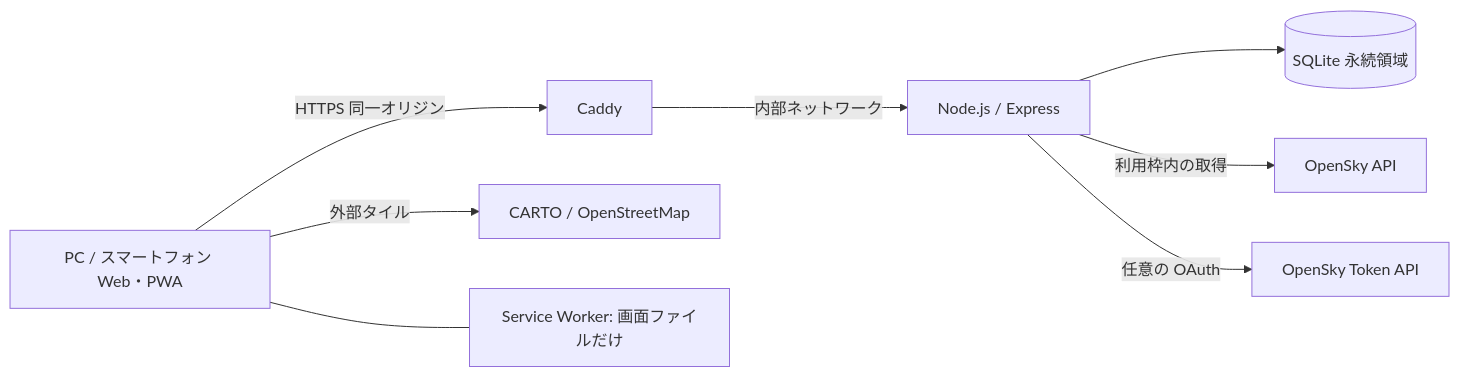
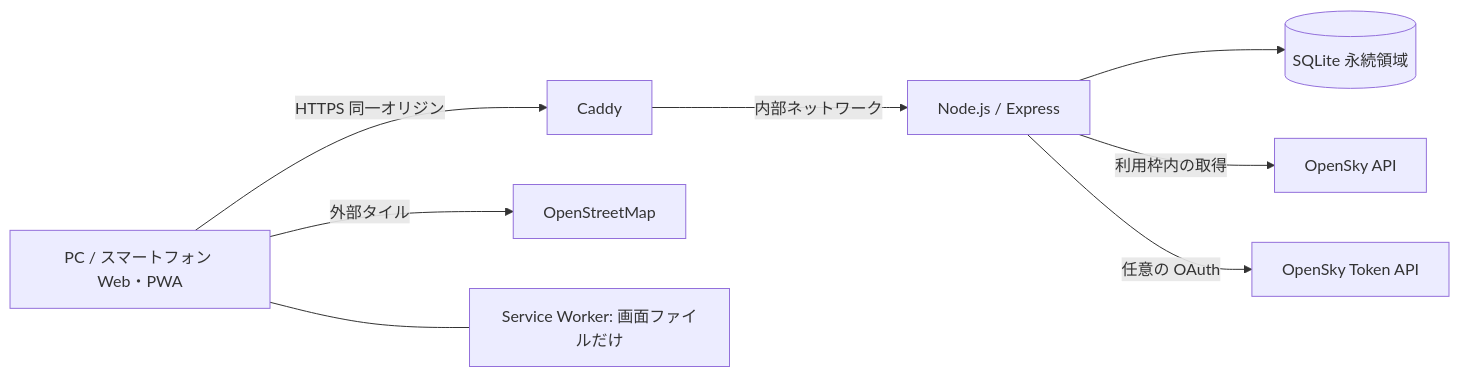
Before and after one commit to Busaemon/global-flight-monitor: the first of 2 diagrams in docs/04-architecture.md, drawn with Mermaid. The commit also changed 17 other files, not shown here.

Commit message:
fix: 認証キー不要の背景地図とスマホの取得案内を修正

````diff
--- a/docs/04-architecture.md
+++ b/docs/04-architecture.md
@@ -7,10 +7,10 @@
 ```mermaid
 flowchart LR
     U[PC / スマートフォン Web・PWA] -->|HTTPS 同一オリジン| C[Caddy]
     C -->|内部ネットワーク| A[Node.js / Express]
     A --> D[(SQLite 永続領域)]
     A -->|利用枠内の取得| O[OpenSky API]
     A -->|任意の OAuth| T[OpenSky Token API]
-    U -->|外部タイル| M[CARTO / OpenStreetMap]
+    U -->|外部タイル| M[OpenStreetMap]
     U --- S[Service Worker: 画面ファイルだけ]
 ```
````
